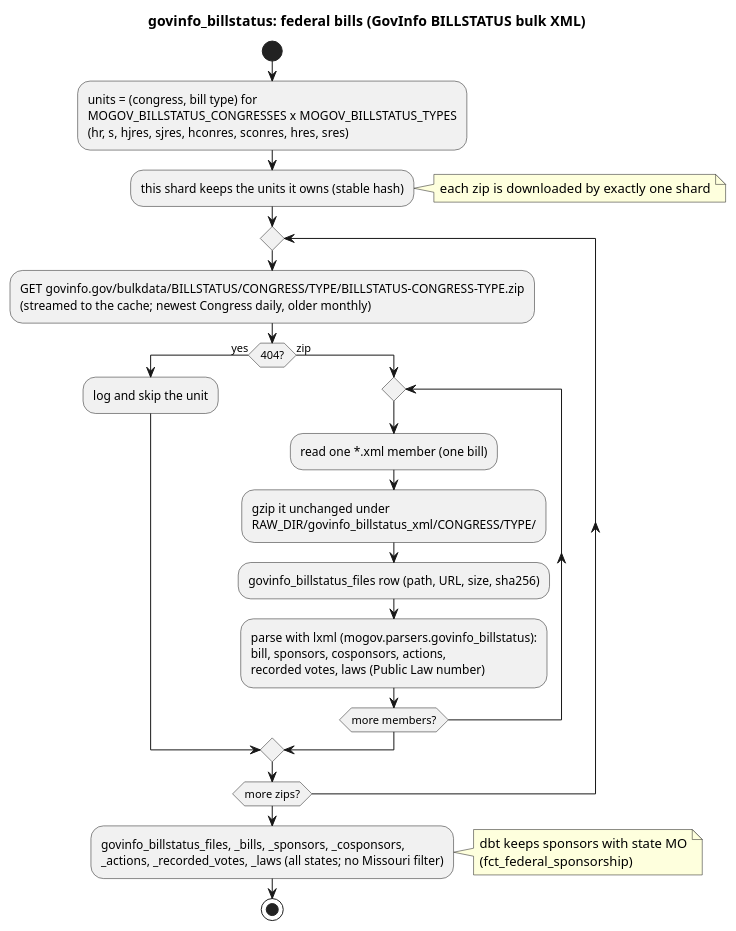
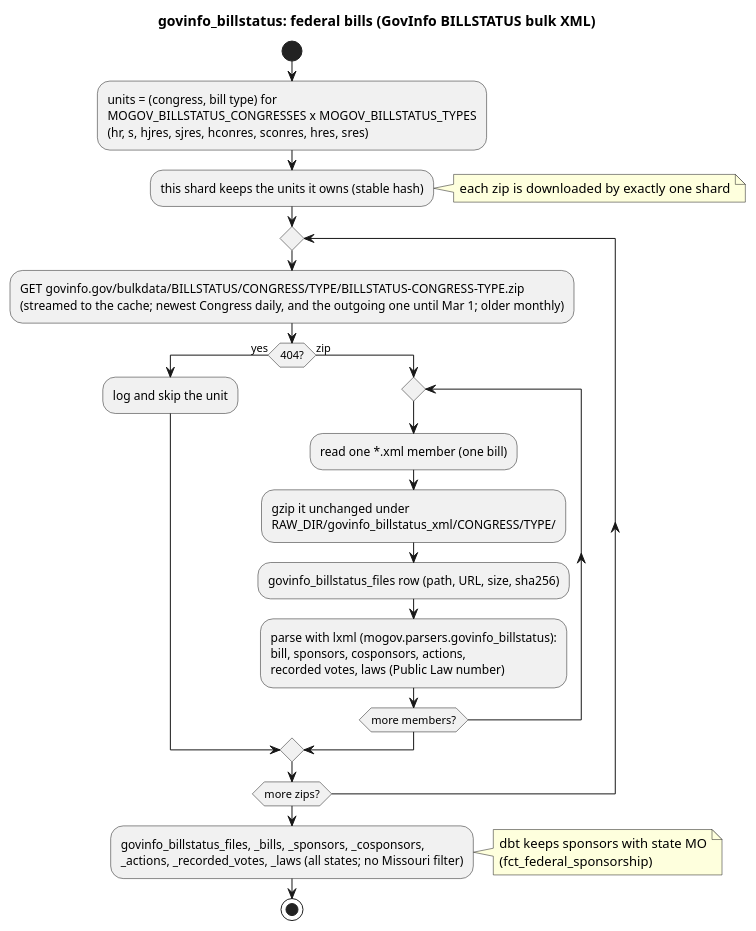
The diagram in docs/diagrams/sources/govinfo_billstatus.puml (akettmann/missouri_gov_feed), drawn with PlantUML before and after one commit. The commit also changed 5 other files, not shown here.

Commit message:
govinfo_billstatus: outgoing-Congress grace only in the new Congress's first year; update diagram

```diff
--- a/docs/diagrams/sources/govinfo_billstatus.puml
+++ b/docs/diagrams/sources/govinfo_billstatus.puml
@@ -1,30 +1,30 @@
 @startuml govinfo_billstatus
 title govinfo_billstatus: federal bills (GovInfo BILLSTATUS bulk XML)
 start
 :units = (congress, bill type) for
 MOGOV_BILLSTATUS_CONGRESSES x MOGOV_BILLSTATUS_TYPES
 (hr, s, hjres, sjres, hconres, sconres, hres, sres);
 :this shard keeps the units it owns (stable hash);
 note right: each zip is downloaded by exactly one shard
 repeat
   :GET govinfo.gov/bulkdata/BILLSTATUS/CONGRESS/TYPE/BILLSTATUS-CONGRESS-TYPE.zip
-  (streamed to the cache; newest Congress daily, older monthly);
+  (streamed to the cache; newest Congress daily, and the outgoing one until Mar 1; older monthly);
   if (404?) then (yes)
     :log and skip the unit;
   else (zip)
     repeat
       :read one *.xml member (one bill);
       :gzip it unchanged under
       RAW_DIR/govinfo_billstatus_xml/CONGRESS/TYPE/;
       :govinfo_billstatus_files row (path, URL, size, sha256);
       :parse with lxml (mogov.parsers.govinfo_billstatus):
       bill, sponsors, cosponsors, actions,
       recorded votes, laws (Public Law number);
     repeat while (more members?)
   endif
 repeat while (more zips?)
 :govinfo_billstatus_files, _bills, _sponsors, _cosponsors,
 _actions, _recorded_votes, _laws (all states; no Missouri filter);
 note right: dbt keeps sponsors with state MO\n(fct_federal_sponsorship)
 stop
 @enduml
```
